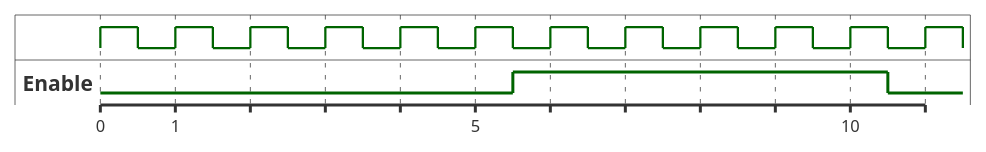
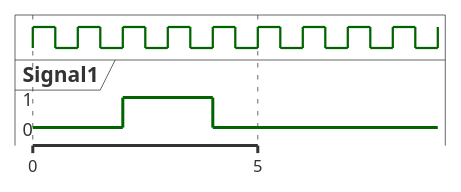
One commit to studykit/studykit-marketplace changed the sixth of 13 diagrams in plugins/plantuml/skills/timing-diagram/SKILL.md. Above: the diagram before and after it, drawn with PlantUML. The commit also changed other lines of this file and 9 other files, not shown here.

First line of the commit message:
refactor: trim PlantUML skill SKILL.md files and extract advanced references

````diff
--- a/plugins/plantuml/skills/timing-diagram/SKILL.md
+++ b/plugins/plantuml/skills/timing-diagram/SKILL.md
@@ -200,15 +141,16 @@
 ```plantuml
 @startuml
+scale 5 as 150 pixels
 clock clk with period 1
-binary "Enable" as EN
+robust "Signal1" as S1
 
 @0
-EN is low
+S1 is 0
 
-@5.5
-EN is high
+@clk*2
+S1 is 1
 
-@10.5
-EN is low
+@clk*4
+S1 is 0
 @enduml
 ```
````
